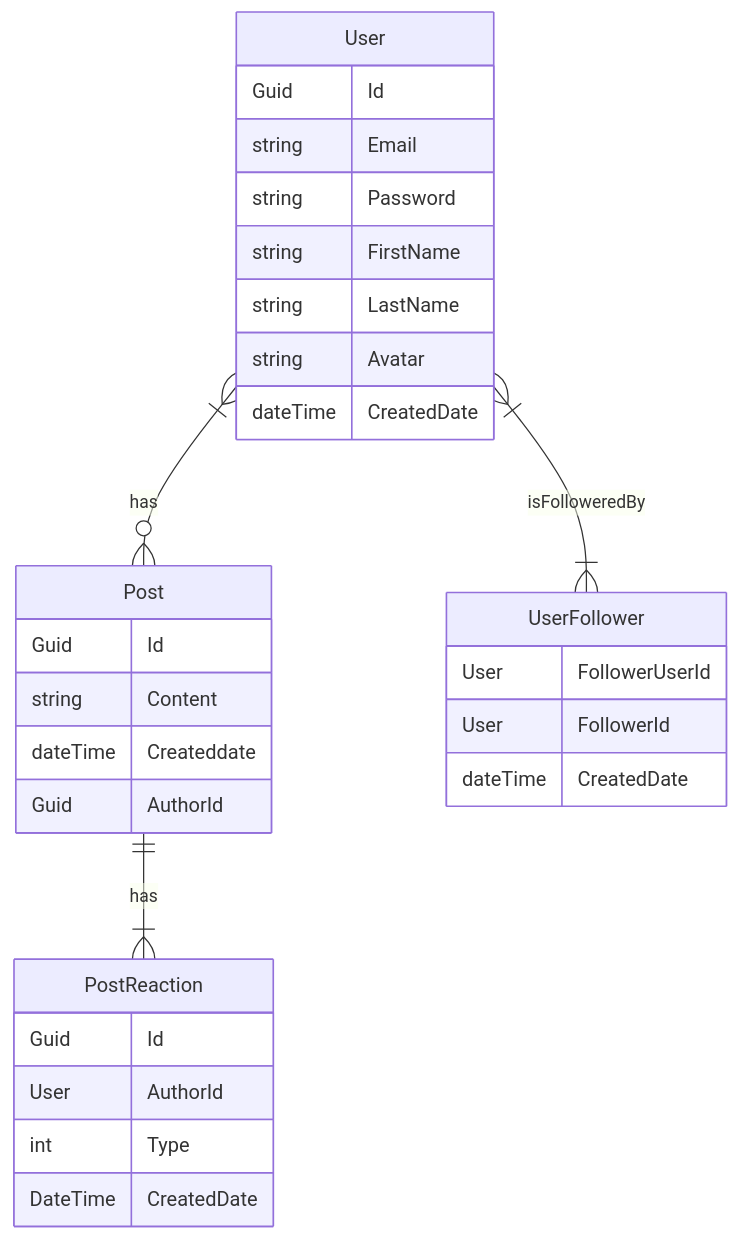
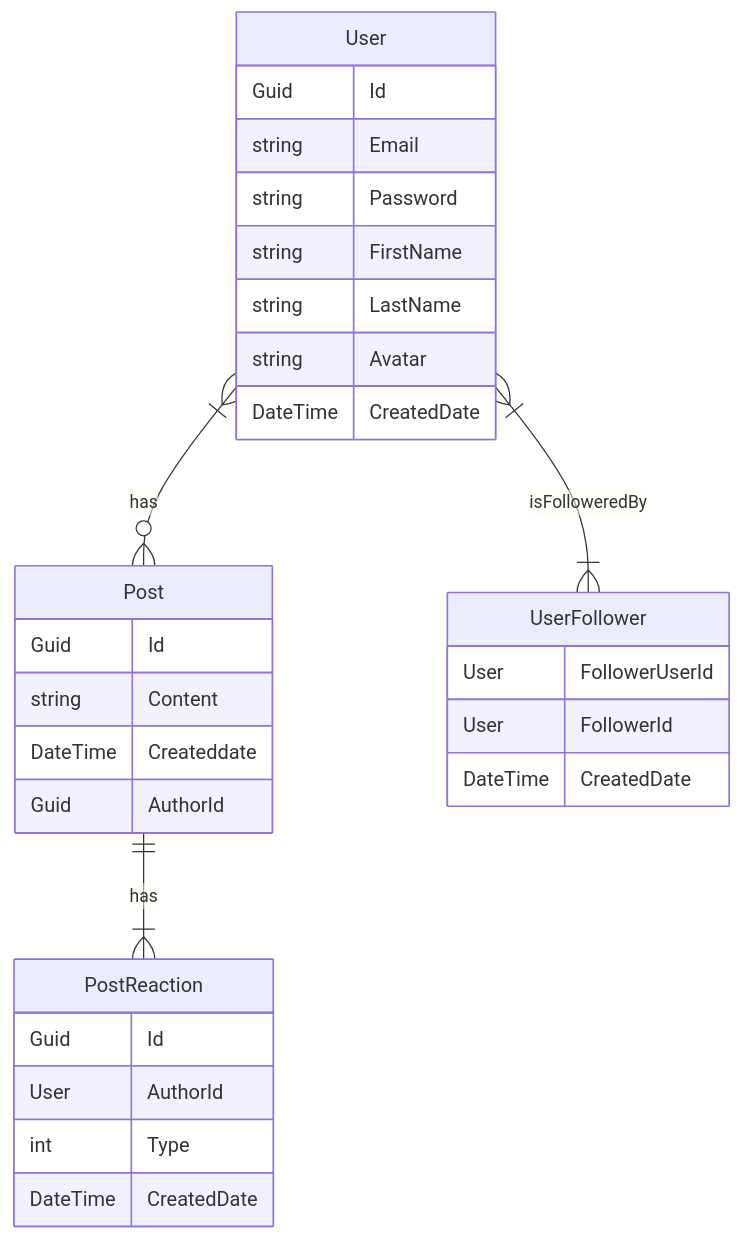
The diagram in src/InstagramClone.Api/Entities/InstagramClone.md (sobuse/InstagramClone), drawn with Mermaid before and after one commit.

Commit message:
changed the casing of the types in my erDiagram

````diff
--- a/src/InstagramClone.Api/Entities/InstagramClone.md
+++ b/src/InstagramClone.Api/Entities/InstagramClone.md
@@ -3,37 +3,37 @@
 ```mermaid
 erDiagram
 
     User |{--o{Post:has
     Post ||--|{PostReaction: has 
     User}|--|{UserFollower: isFolloweredBy 
     User{
        Guid Id
        string Email
        string Password
        string FirstName
        string LastName
        string Avatar
-       dateTime CreatedDate
+       DateTime CreatedDate
     }
 
     UserFollower{
         User FollowerUserId
         User FollowerId
-        dateTime CreatedDate
+        DateTime CreatedDate
     }
 
     Post{
         Guid Id
         string Content
-        dateTime Createddate
+        DateTime Createddate
         Guid AuthorId
     }
 
     PostReaction{
         Guid Id
         User AuthorId
         int Type
         DateTime CreatedDate
     }
 
 ```
````
